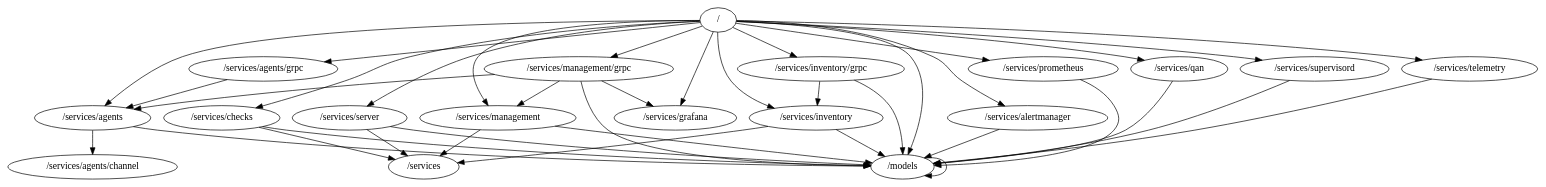
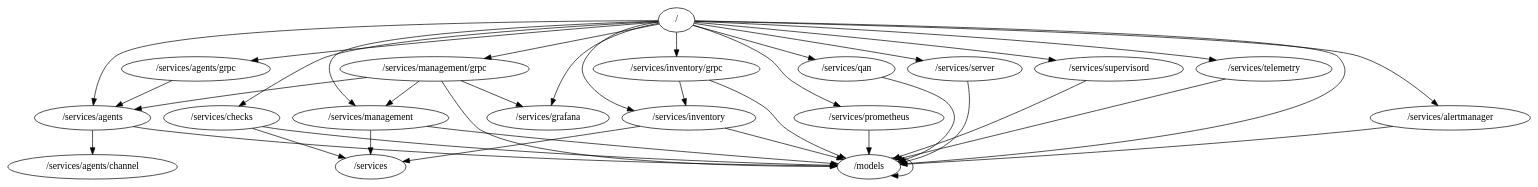
Before and after one commit to percona/pmm-managed: the diagram in packages.dot, drawn with Graphviz. The commit also changed 13 other files, not shown here.

```diff
--- a/packages.dot
+++ b/packages.dot
@@ -1,40 +1,39 @@
 digraph packages {
 	"/" -> "/models";
 	"/" -> "/services/agents";
 	"/" -> "/services/agents/grpc";
 	"/" -> "/services/alertmanager";
 	"/" -> "/services/checks";
 	"/" -> "/services/grafana";
 	"/" -> "/services/inventory";
 	"/" -> "/services/inventory/grpc";
 	"/" -> "/services/management";
 	"/" -> "/services/management/grpc";
 	"/" -> "/services/prometheus";
 	"/" -> "/services/qan";
 	"/" -> "/services/server";
 	"/" -> "/services/supervisord";
 	"/" -> "/services/telemetry";
 	"/models" -> "/models";
 	"/services/agents" -> "/models";
 	"/services/agents" -> "/services/agents/channel";
 	"/services/agents/grpc" -> "/services/agents";
 	"/services/alertmanager" -> "/models";
 	"/services/checks" -> "/models";
 	"/services/checks" -> "/services";
 	"/services/inventory" -> "/models";
 	"/services/inventory" -> "/services";
 	"/services/inventory/grpc" -> "/models";
 	"/services/inventory/grpc" -> "/services/inventory";
 	"/services/management" -> "/models";
 	"/services/management" -> "/services";
 	"/services/management/grpc" -> "/models";
 	"/services/management/grpc" -> "/services/agents";
 	"/services/management/grpc" -> "/services/grafana";
 	"/services/management/grpc" -> "/services/management";
 	"/services/prometheus" -> "/models";
 	"/services/qan" -> "/models";
 	"/services/server" -> "/models";
-	"/services/server" -> "/services";
 	"/services/supervisord" -> "/models";
 	"/services/telemetry" -> "/models";
 }
```
